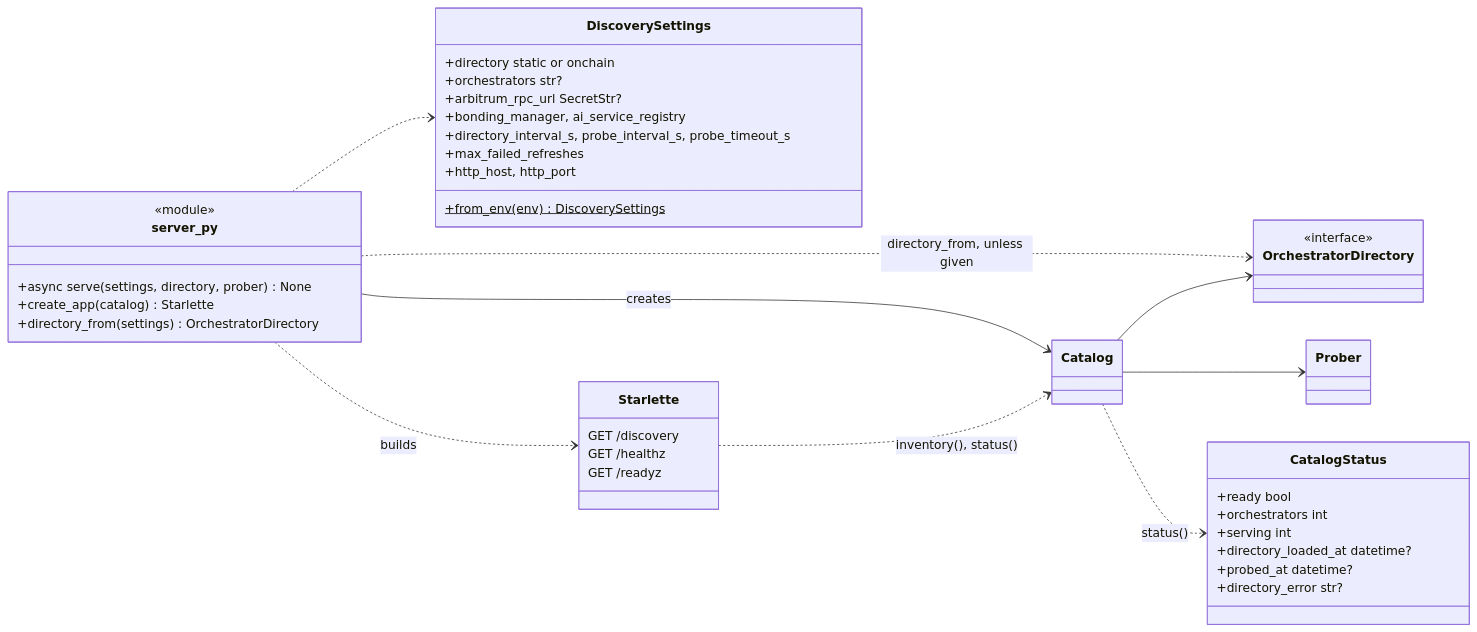
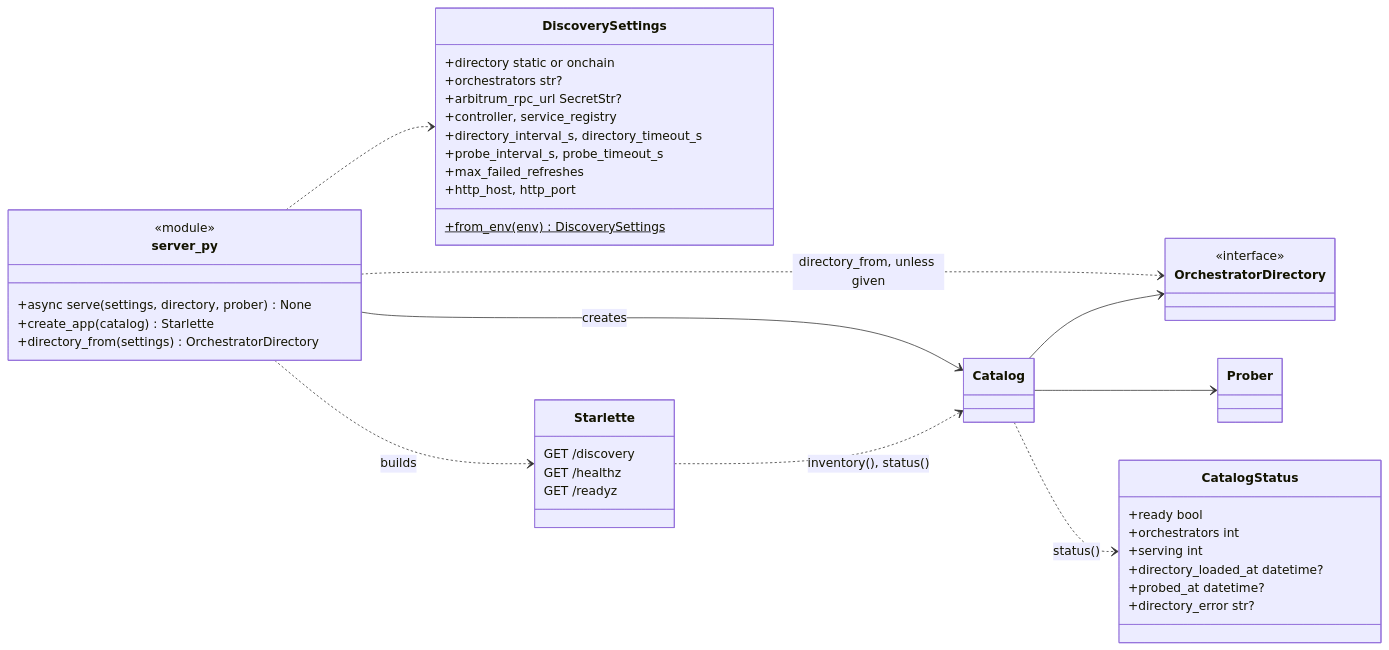
One commit to NE-Build-Track/livepeer-builder-core changed diagram 17 of 18 in docs/design-docs/interfaces-and-http-servers.md. Above: the diagram before and after it, drawn with Mermaid. The commit also changed other lines of this file and 4 other files, not shown here.

First line of the commit message:
docs(discovery): the review fixes in the contract, plan, guide and diagrams (#46 review)

````diff
--- a/docs/design-docs/interfaces-and-http-servers.md
+++ b/docs/design-docs/interfaces-and-http-servers.md
@@ -1053,46 +1059,47 @@
 ```mermaid
 classDiagram
     direction LR
     class server_py {
         <<module>>
         +async serve(settings, directory, prober) None
         +create_app(catalog) Starlette
         +directory_from(settings) OrchestratorDirectory
     }
     class DiscoverySettings {
         +directory static or onchain
         +orchestrators str?
         +arbitrum_rpc_url SecretStr?
-        +bonding_manager, ai_service_registry
-        +directory_interval_s, probe_interval_s, probe_timeout_s
+        +controller, service_registry
+        +directory_interval_s, directory_timeout_s
+        +probe_interval_s, probe_timeout_s
         +max_failed_refreshes
         +http_host, http_port
         +from_env(env)$ DiscoverySettings
     }
     class Starlette {
         GET /discovery
         GET /healthz
         GET /readyz
     }
     class Catalog
     class CatalogStatus {
         +ready bool
         +orchestrators int
         +serving int
         +directory_loaded_at datetime?
         +probed_at datetime?
         +directory_error str?
     }
     class OrchestratorDirectory {
         <<interface>>
     }
     class Prober
     server_py ..> DiscoverySettings
     server_py ..> Starlette : builds
     server_py ..> OrchestratorDirectory : directory_from, unless given
     server_py --> Catalog : creates
     Catalog --> OrchestratorDirectory
     Catalog --> Prober
     Catalog ..> CatalogStatus : status()
     Starlette ..> Catalog : inventory(), status()
 ```
````
